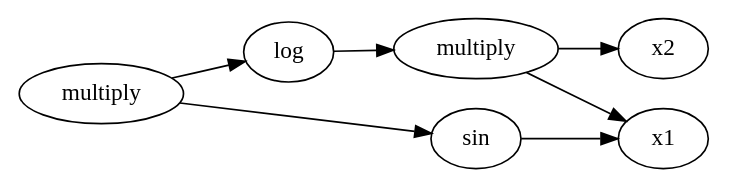
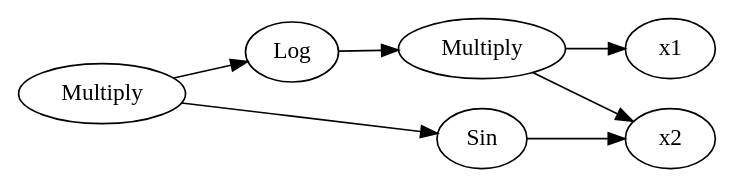
The diagram in project2/graph_out/tt/function1.gv (WackAlley/worksheet), drawn with Graphviz before and after one commit. The commit also changed 178 other files, not shown here.

```diff
--- a/project2/graph_out/tt/function1.gv
+++ b/project2/graph_out/tt/function1.gv
@@ -1,16 +1,16 @@
 digraph function1 {
 	rankdir=LR
-	139896287211776 [label=multiply]
-	139896267255760 [label=log]
-	139896287211776 -> 139896267255760
-	139899301834304 [label=multiply]
-	139896267255760 -> 139899301834304
-	139896267254160 [label=x1]
-	139899301834304 -> 139896267254160
-	139896267254480 [label=x2]
-	139899301834304 -> 139896267254480
-	139896267256080 [label=sin]
-	139896287211776 -> 139896267256080
-	139896267254160 [label=x1]
-	139896267256080 -> 139896267254160
+	140660835408192 [label=Multiply]
+	140659224138512 [label=Log]
+	140660835408192 -> 140659224138512
+	140659231274528 [label=Multiply]
+	140659224138512 -> 140659231274528
+	140659224017360 [label=x1]
+	140659231274528 -> 140659224017360
+	140659224016400 [label=x2]
+	140659231274528 -> 140659224016400
+	140659224139152 [label=Sin]
+	140660835408192 -> 140659224139152
+	140659224016400 [label=x2]
+	140659224139152 -> 140659224016400
 }
```
